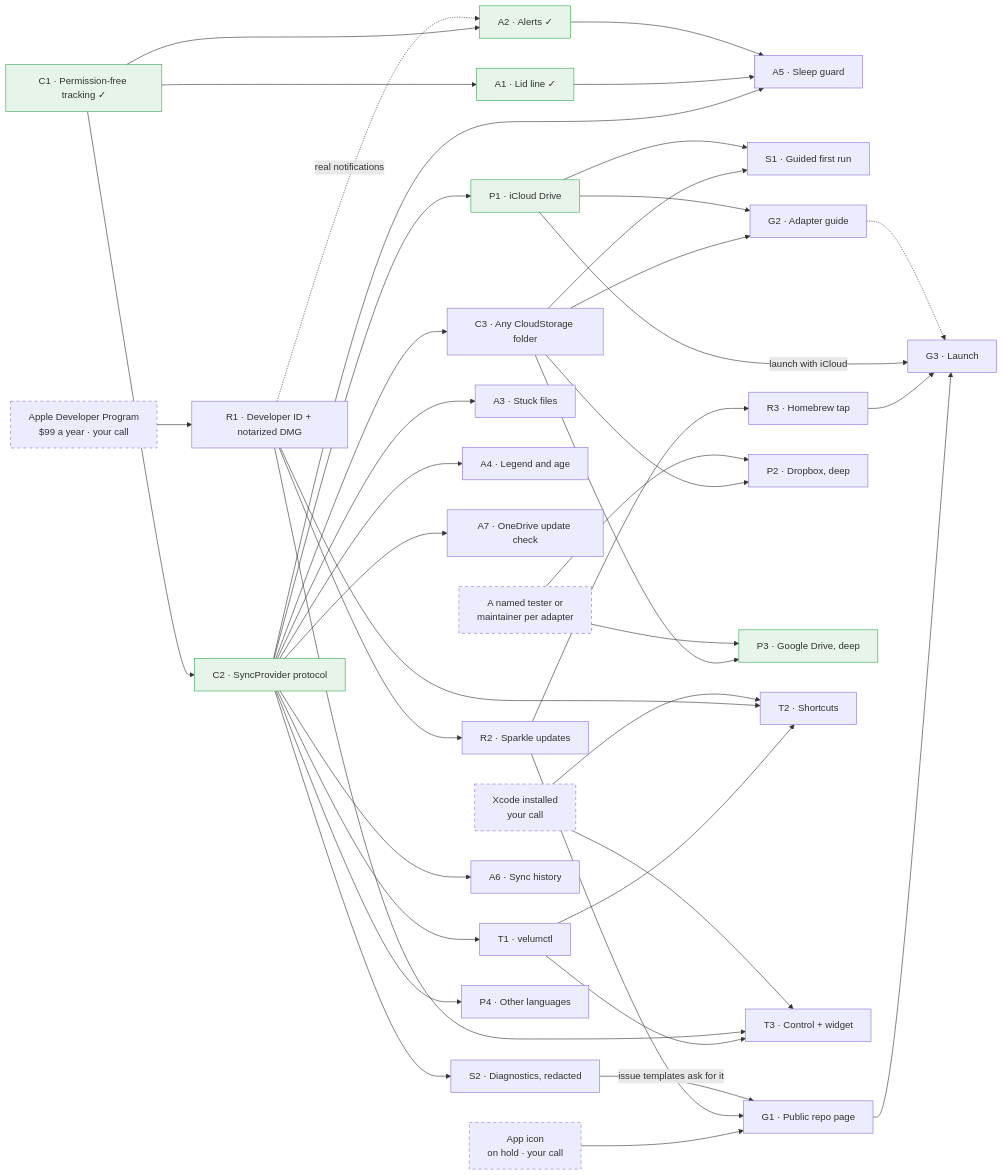
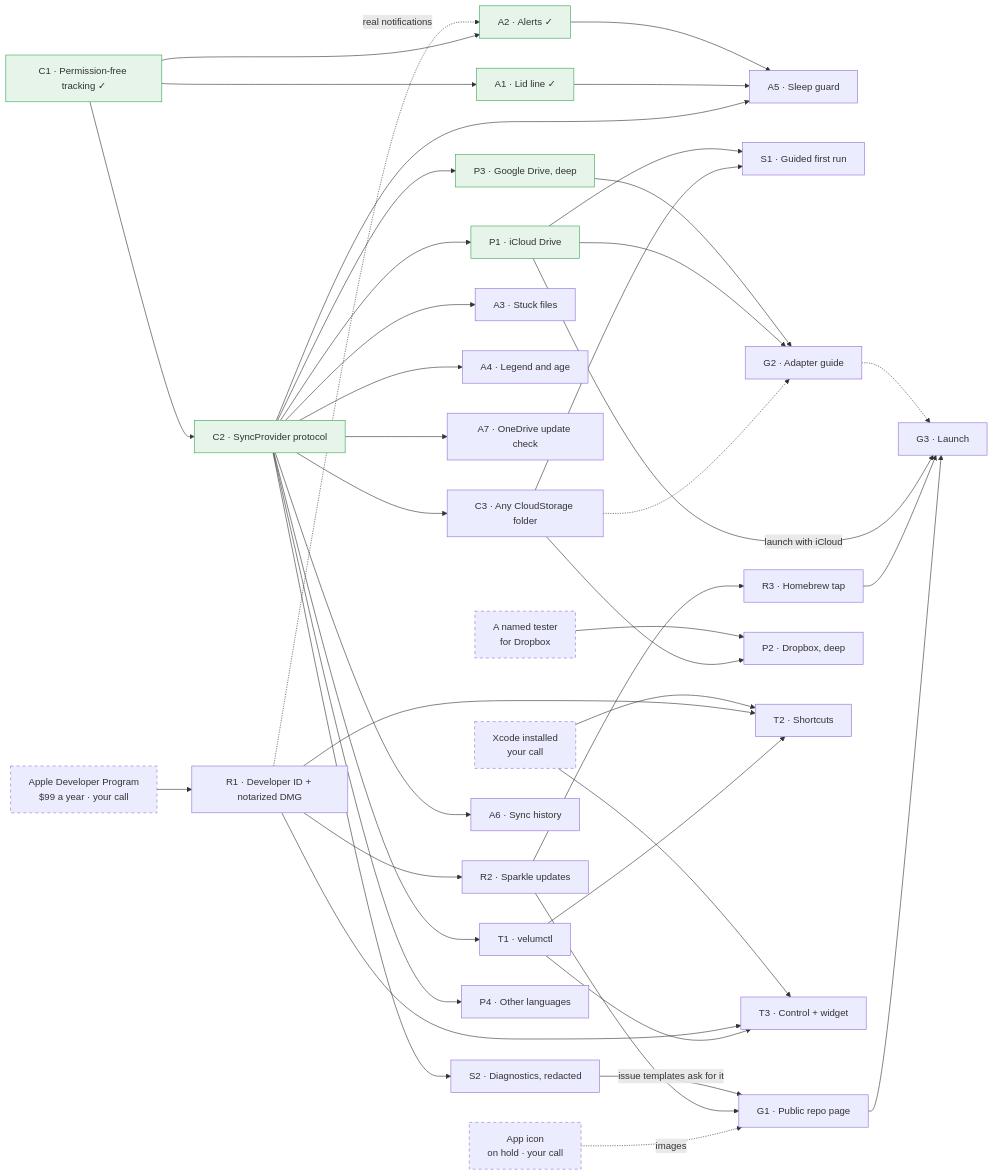
The diagram in docs/plans/roadmap/README.md (nafatyuk/velum), drawn with Mermaid before and after one commit. The commit also changed other lines of this file and 15 other files, not shown here.

First line of the commit message:
Bring the roadmap cards up to date with November 12

```diff
--- a/docs/plans/roadmap/README.md
+++ b/docs/plans/roadmap/README.md
@@ -131,7 +140,7 @@
 flowchart LR
   ICON["App icon<br/>on hold · your call"]
   ENROL["Apple Developer Program<br/>$99 a year · your call"]
-  TESTER["A named tester or<br/>maintainer per adapter"]
+  TESTER["A named tester<br/>for Dropbox"]
   XCODE["Xcode installed<br/>your call"]
 
   C1["C1 · Permission-free tracking ✓"]
@@ -182,10 +191,11 @@
   A2 --> A5
   C3 --> S1
   P1 --> S1
-  C3 --> G2
+  C3 -.-> G2
   P1 --> G2
+  P3 --> G2
   R2 --> R3
-  ICON --> G1
+  ICON -.->|images| G1
   R2 --> G1
   S2 -->|issue templates ask for it| G1
   G1 --> G3
@@ -193,9 +203,8 @@
   P1 -->|launch with iCloud| G3
   G2 -.-> G3
   C3 --> P2
-  C3 --> P3
+  C2 --> P3
   TESTER --> P2
-  TESTER --> P3
 
   T1 --> T2
   T1 --> T3
```
